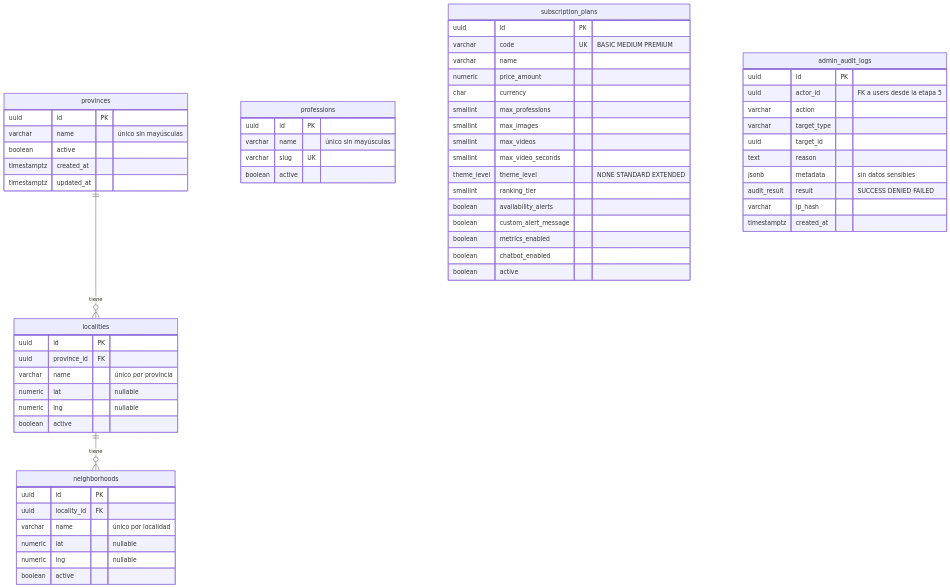
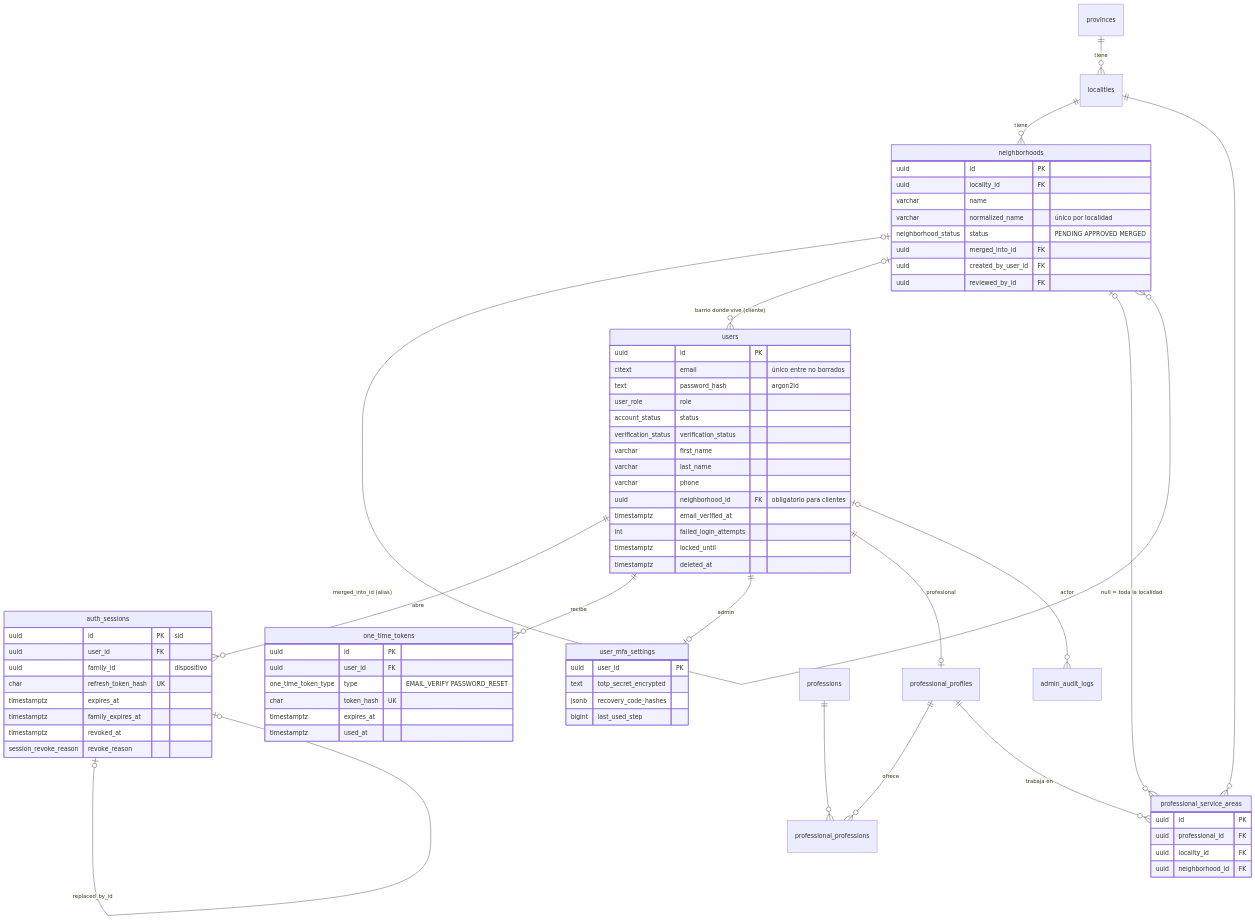
One commit to MatiasNDiaz/Nexo.pro-Backend changed the diagram in docs/data-model.md. Above: the diagram before and after it, drawn with Mermaid. The commit also changed other lines of this file and 11 other files, not shown here.

Commit message:
docs: auth.md con guía para el frontend, authorization.md, ADR 0010-0011 y documentación de la etapa 5

````diff
--- a/docs/data-model.md
+++ b/docs/data-model.md
@@ -23,65 +24,75 @@
 ```mermaid
 erDiagram
   provinces ||--o{ localities : "tiene"
   localities ||--o{ neighborhoods : "tiene"
+  neighborhoods |o--o{ neighborhoods : "merged_into_id (alias)"
+  neighborhoods |o--o{ users : "barrio donde vive (cliente)"
+  users ||--o{ auth_sessions : "abre"
+  auth_sessions |o--o| auth_sessions : "replaced_by_id"
+  users ||--o{ one_time_tokens : "recibe"
+  users ||--o| user_mfa_settings : "admin"
+  users ||--o| professional_profiles : "profesional"
+  professional_profiles ||--o{ professional_professions : "ofrece"
+  professions ||--o{ professional_professions : ""
+  professional_profiles ||--o{ professional_service_areas : "trabaja en"
+  localities ||--o{ professional_service_areas : ""
+  neighborhoods |o--o{ professional_service_areas : "null = toda la localidad"
+  users |o--o{ admin_audit_logs : "actor"
 
-  provinces {
+  users {
     uuid id PK
-    varchar name "único sin mayúsculas"
-    boolean active
-    timestamptz created_at
-    timestamptz updated_at
-  }
-  localities {
-    uuid id PK
-    uuid province_id FK
-    varchar name "único por provincia"
-    numeric lat "nullable"
-    numeric lng "nullable"
-    boolean active
+    citext email "único entre no borrados"
+    text password_hash "argon2id"
+    user_role role
+    account_status status
+    verification_status verification_status
+    varchar first_name
+    varchar last_name
+    varchar phone
+    uuid neighborhood_id FK "obligatorio para clientes"
+    timestamptz email_verified_at
+    int failed_login_attempts
+    timestamptz locked_until
+    timestamptz deleted_at
   }
   neighborhoods {
     uuid id PK
     uuid locality_id FK
-    varchar name "único por localidad"
-    numeric lat "nullable"
-    numeric lng "nullable"
-    boolean active
+    varchar name
+    varchar normalized_name "único por localidad"
+    neighborhood_status status "PENDING APPROVED MERGED"
+    uuid merged_into_id FK
+    uuid created_by_user_id FK
+    uuid reviewed_by_id FK
   }
-  professions {
+  auth_sessions {
+    uuid id PK "sid"
+    uuid user_id FK
+    uuid family_id "dispositivo"
+    char refresh_token_hash UK
+    timestamptz expires_at
+    timestamptz family_expires_at
+    timestamptz revoked_at
+    session_revoke_reason revoke_reason
+  }
+  one_time_tokens {
     uuid id PK
-    varchar name "único sin mayúsculas"
-    varchar slug UK
-    boolean active
+    uuid user_id FK
+    one_time_token_type type "EMAIL_VERIFY PASSWORD_RESET"
+    char token_hash UK
+    timestamptz expires_at
+    timestamptz used_at
   }
-  subscription_plans {
+  user_mfa_settings {
+    uuid user_id PK
+    text totp_secret_encrypted
+    jsonb recovery_code_hashes
+    bigint last_used_step
+  }
+  professional_service_areas {
     uuid id PK
-    varchar code UK "BASIC MEDIUM PREMIUM"
-    varchar name
-    numeric price_amount
-    char currency
-    smallint max_professions
-    smallint max_images
-    smallint max_videos
-    smallint max_video_seconds
-    theme_level theme_level "NONE STANDARD EXTENDED"
-    smallint ranking_tier
-    boolean availability_alerts
-    boolean custom_alert_message
-    boolean metrics_enabled
-    boolean chatbot_enabled
-    boolean active
-  }
-  admin_audit_logs {
-    uuid id PK
-    uuid actor_id "FK a users desde la etapa 5"
-    varchar action
-    varchar target_type
-    uuid target_id
-    text reason
-    jsonb metadata "sin datos sensibles"
-    audit_result result "SUCCESS DENIED FAILED"
-    varchar ip_hash
-    timestamptz created_at
+    uuid professional_id FK
+    uuid locality_id FK
+    uuid neighborhood_id FK
   }
 ```
````
